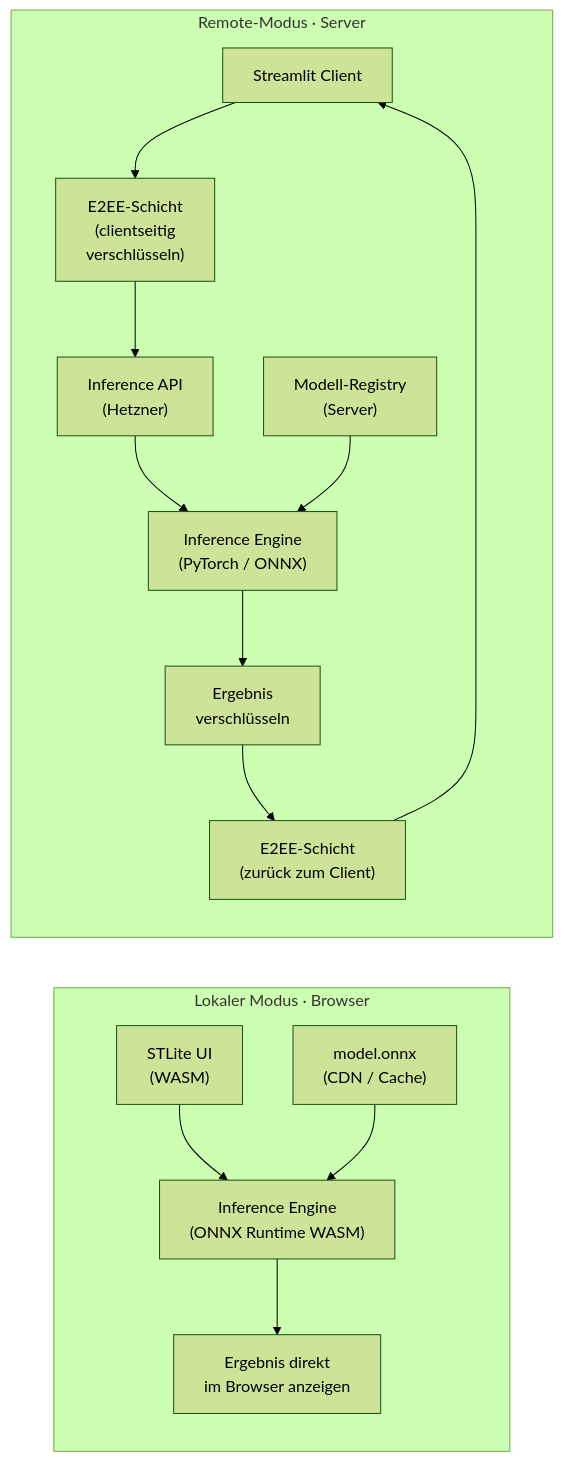
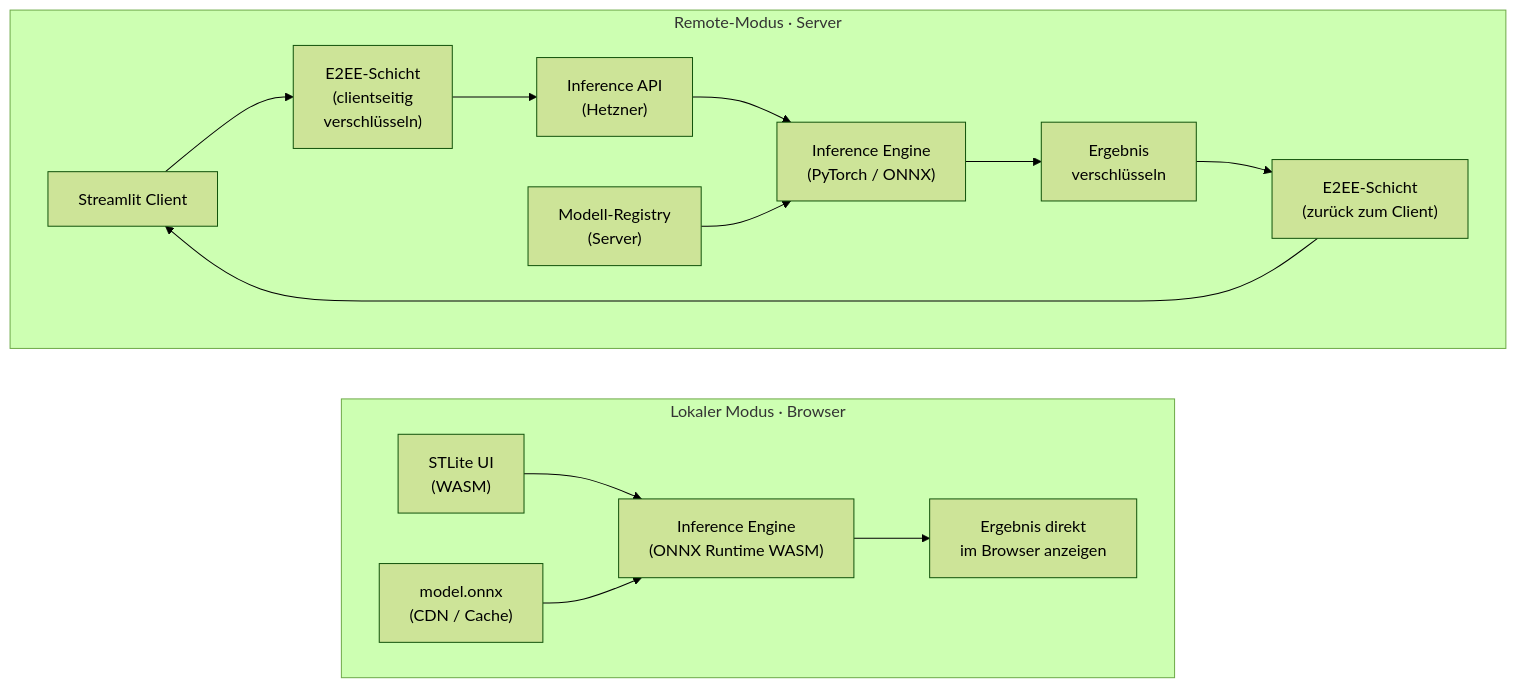
The fourth of 13 diagrams in docs/SAA/arc42-doc.md (chempananickal/Tumor_Classifier), drawn with Mermaid (forest theme) before and after one commit. The commit also changed other lines of this file and 1 other file, not shown here.

````diff
--- a/docs/SAA/arc42-doc.md
+++ b/docs/SAA/arc42-doc.md
@@ -498,18 +498,20 @@
 ```mermaid
 graph LR
     subgraph Lokal ["Lokaler Modus · Browser"]
+        direction LR
         L_UI["STLite UI<br/>(WASM)"] --> L_ENG["Inference Engine<br/>(ONNX Runtime WASM)"]
         L_ONNX["model.onnx<br/>(CDN / Cache)"] --> L_ENG
         L_ENG --> L_RES["Ergebnis direkt<br/>im Browser anzeigen"]
     end
 
     subgraph Remote ["Remote-Modus · Server"]
+        direction LR
         R_UI["Streamlit Client"] --> R_E2EE["E2EE-Schicht<br/>(clientseitig<br/>verschlüsseln)"]
         R_E2EE --> R_API["Inference API<br/>(Hetzner)"]
         R_API --> R_ENG["Inference Engine<br/>(PyTorch / ONNX)"]
         R_CKPT["Modell-Registry<br/>(Server)"] --> R_ENG
         R_ENG --> R_RES["Ergebnis<br/>verschlüsseln"]
         R_RES --> R_BACK["E2EE-Schicht<br/>(zurück zum Client)"]
         R_BACK --> R_UI
     end
 ```
````
